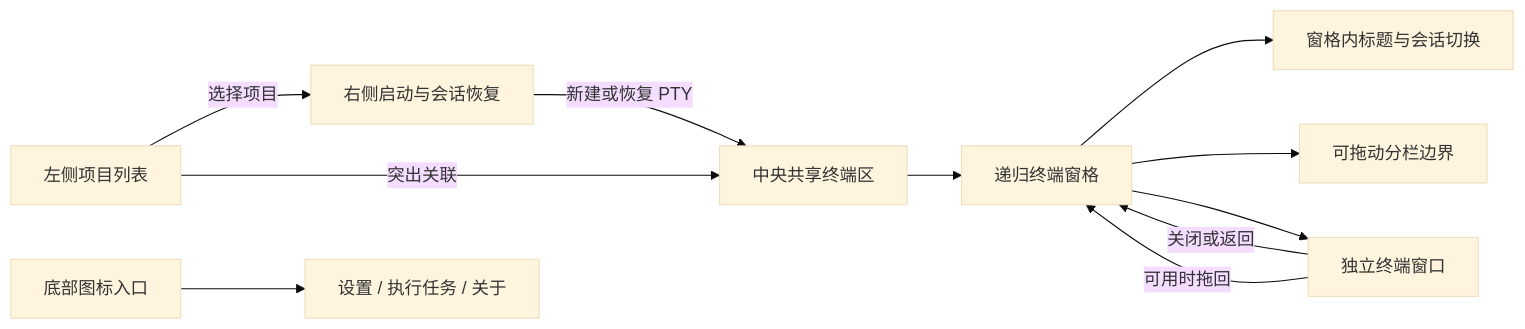
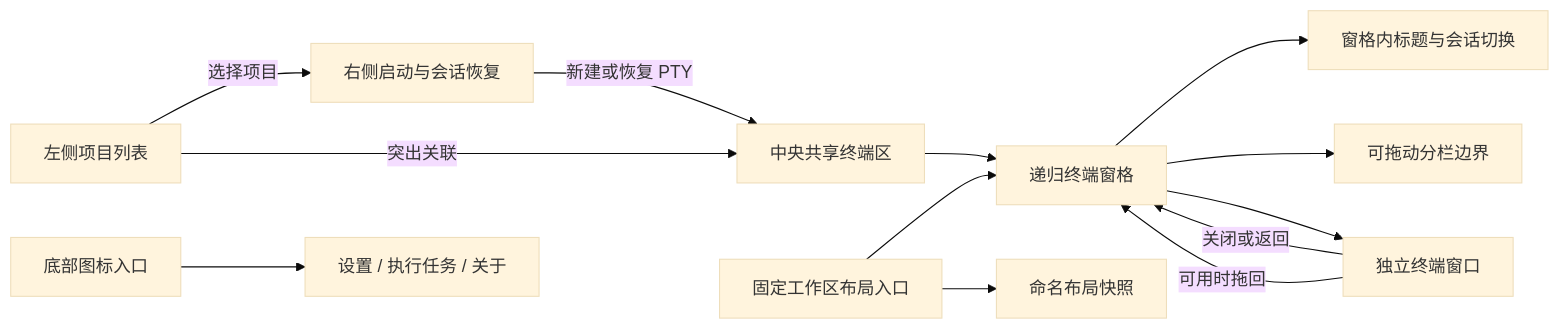
One commit to SkyJourney/cli-launchpad changed the diagram in docs/ui-design.md. Above: the diagram before and after it, drawn with Mermaid (base theme). The commit also changed other lines of this file and 41 other files, not shown here.

````diff
--- a/docs/ui-design.md
+++ b/docs/ui-design.md
@@ -20,13 +20,15 @@
 ```mermaid
 flowchart LR
   projects["左侧项目列表"] -->|选择项目| context["右侧启动与会话恢复"]
   projects -->|突出关联| workspace["中央共享终端区"]
   context -->|新建或恢复 PTY| workspace
   workspace --> panes["递归终端窗格"]
   panes --> localTabs["窗格内标题与会话切换"]
   panes --> sashes["可拖动分栏边界"]
+  workspaceControls["固定工作区布局入口"] --> panes
+  workspaceControls --> presets["命名布局快照"]
   panes --> popout["独立终端窗口"]
   popout -->|关闭或返回| panes
   popout -->|可用时拖回| panes
   auxiliary["底部图标入口"] --> settings["设置 / 执行任务 / 关于"]
 ```
````
